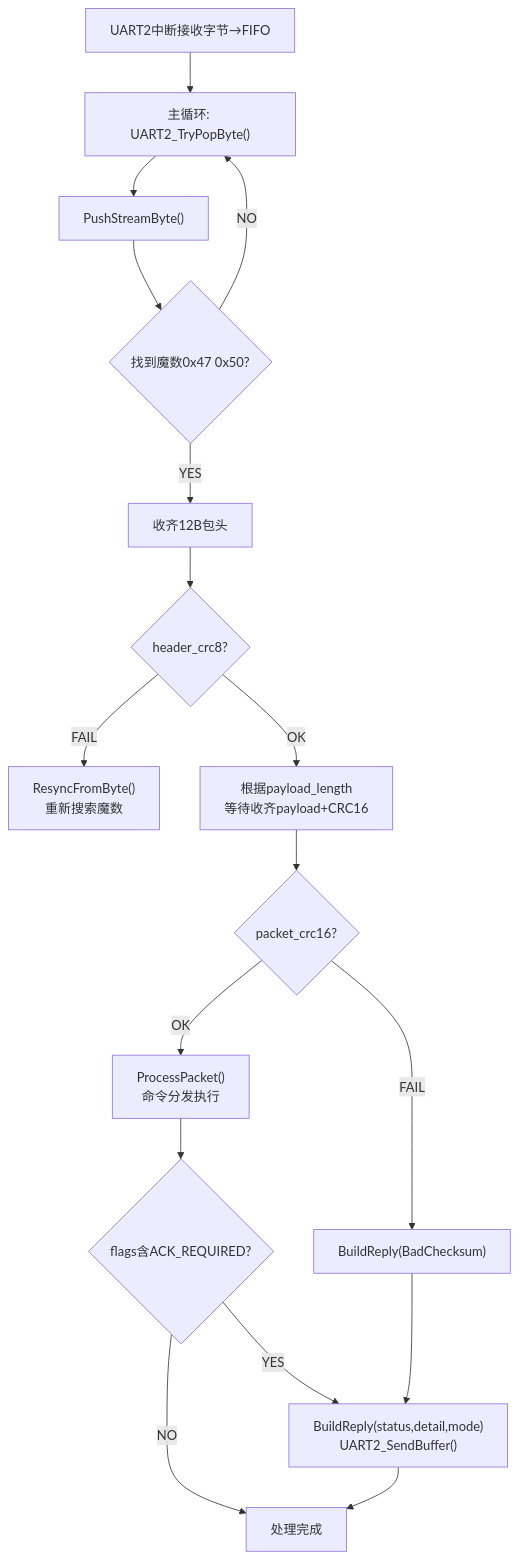
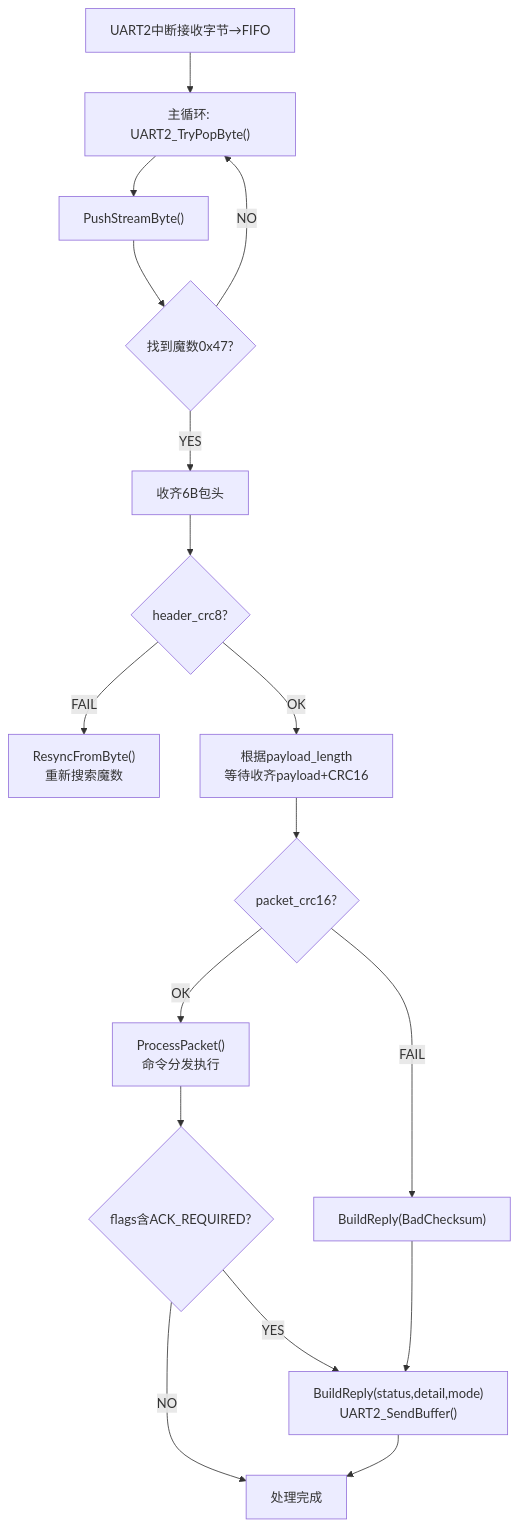
Before and after one commit to N3SSS13D/GraduationProject: the sixth of 6 diagrams in Doc/毕业论文/led_side_display_driver_architecture.md, drawn with Mermaid. The commit also changed 118 other files, not shown here.

````diff
--- a/Doc/毕业论文/led_side_display_driver_architecture.md
+++ b/Doc/毕业论文/led_side_display_driver_architecture.md
@@ -1397,19 +1397,19 @@
 ```mermaid
 flowchart TD
     UART["UART2中断接收字节→FIFO"] --> POP["主循环: UART2_TryPopByte()"]
     POP --> PUSH["PushStreamByte()"]
-    PUSH --> FIND{"找到魔数0x47 0x50?"}
+   PUSH --> FIND{"找到魔数0x47?"}
     FIND -->|"NO"| POP
-    FIND -->|"YES"| HDR["收齐12B包头"]
+   FIND -->|"YES"| HDR["收齐6B包头"]
     HDR --> HCRC{"header_crc8?"}
     HCRC -->|"FAIL"| RSYNC["ResyncFromByte()<br/>重新搜索魔数"]
     HCRC -->|"OK"| WAIT["根据payload_length<br/>等待收齐payload+CRC16"]
     WAIT --> PCRC{"packet_crc16?"}
     PCRC -->|"FAIL"| ERR["BuildReply(BadChecksum)"]
     PCRC -->|"OK"| DISP2["ProcessPacket()<br/>命令分发执行"]
     DISP2 --> ACKR{"flags含ACK_REQUIRED?"}
     ACKR -->|"YES"| REPLY["BuildReply(status,detail,mode)<br/>UART2_SendBuffer()"]
     ACKR -->|"NO"| DONE["处理完成"]
     ERR --> REPLY
     REPLY --> DONE
 ```
````
